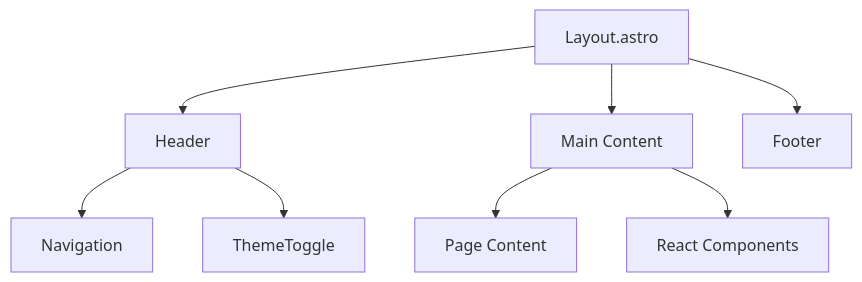
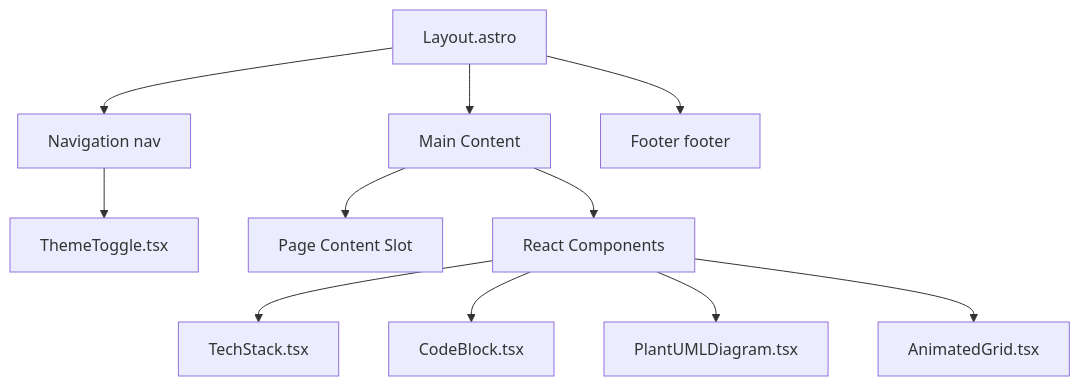
The fourth of 7 diagrams in docs/architecture/overview.md (chrislyons-dev/home), drawn with Mermaid before and after one commit. The commit also changed other lines of this file and 1 other file, not shown here.

Commit message:
refactor: update architecture content for github pages

````diff
--- a/docs/architecture/overview.md
+++ b/docs/architecture/overview.md
@@ -144,13 +145,17 @@
 ```mermaid
 graph TD
     Layout[Layout.astro]
-    Layout --> Header[Header]
+    Layout --> Nav[Navigation nav]
     Layout --> Main[Main Content]
-    Layout --> Footer[Footer]
+    Layout --> Footer[Footer footer]
 
-    Header --> Nav[Navigation]
-    Header --> Theme[ThemeToggle]
+    Nav --> Theme[ThemeToggle.tsx]
 
-    Main --> Page[Page Content]
+    Main --> Page[Page Content Slot]
     Main --> Components[React Components]
+
+    Components --> TechStack[TechStack.tsx]
+    Components --> CodeBlock[CodeBlock.tsx]
+    Components --> PlantUML[PlantUMLDiagram.tsx]
+    Components --> AnimGrid[AnimatedGrid.tsx]
 ```
````
